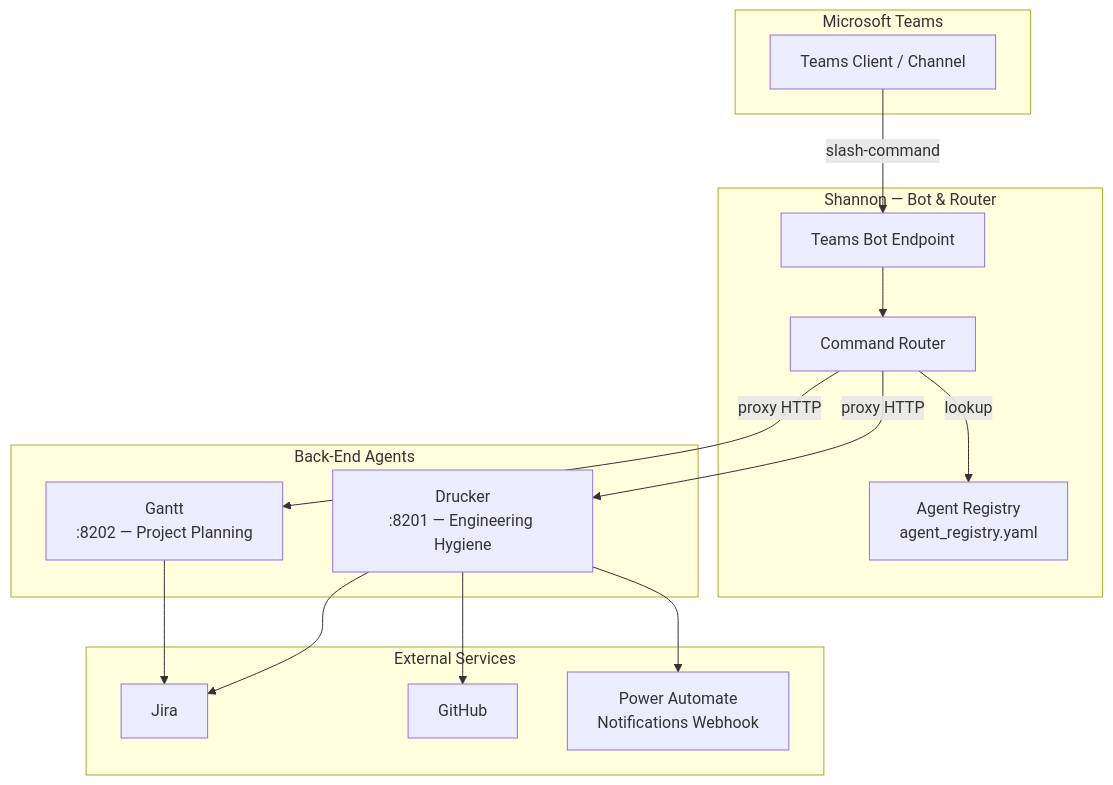
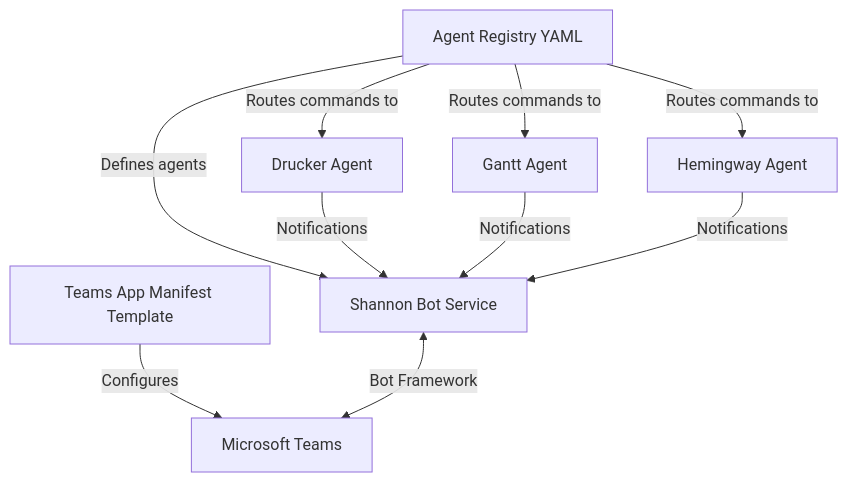
Before and after one commit to jmac-cornelis/agent-workforce: the first of 4 diagrams in agents/shannon/docs/config.md, drawn with Mermaid. The commit also changed other lines of this file and 6 other files, not shown here.

````diff
--- a/agents/shannon/docs/config.md
+++ b/agents/shannon/docs/config.md
@@ -28,33 +25,20 @@
 ```mermaid
-graph TD
-    subgraph "Microsoft Teams"
-        A[Teams Client / Channel]
-    end
-
-    subgraph "Shannon — Bot & Router"
-        B[Teams Bot Endpoint]
-        C[Agent Registry<br/>agent_registry.yaml]
-        D[Command Router]
-    end
-
-    subgraph "Back-End Agents"
-        E[Drucker<br/>:8201 — Engineering Hygiene]
-        F[Gantt<br/>:8202 — Project Planning]
-    end
-
-    subgraph "External Services"
-        G[Jira]
-        H[GitHub]
-        I[Power Automate<br/>Notifications Webhook]
-    end
-
-    A -->|slash-command| B
-    B --> D
-    D -->|lookup| C
-    D -->|proxy HTTP| E
-    D -->|proxy HTTP| F
-    E --> G
-    E --> H
-    E --> I
-    F --> G
+graph TB
+    Registry[Agent Registry YAML]
+    Manifest[Teams App Manifest Template]
+    Shannon[Shannon Bot Service]
+    Drucker[Drucker Agent]
+    Gantt[Gantt Agent]
+    Hemingway[Hemingway Agent]
+    Teams[Microsoft Teams]
+    
+    Registry -->|Defines agents| Shannon
+    Registry -->|Routes commands to| Drucker
+    Registry -->|Routes commands to| Gantt
+    Registry -->|Routes commands to| Hemingway
+    Manifest -->|Configures| Teams
+    Shannon <-->|Bot Framework| Teams
+    Drucker -->|Notifications| Shannon
+    Gantt -->|Notifications| Shannon
+    Hemingway -->|Notifications| Shannon
 ```
````
